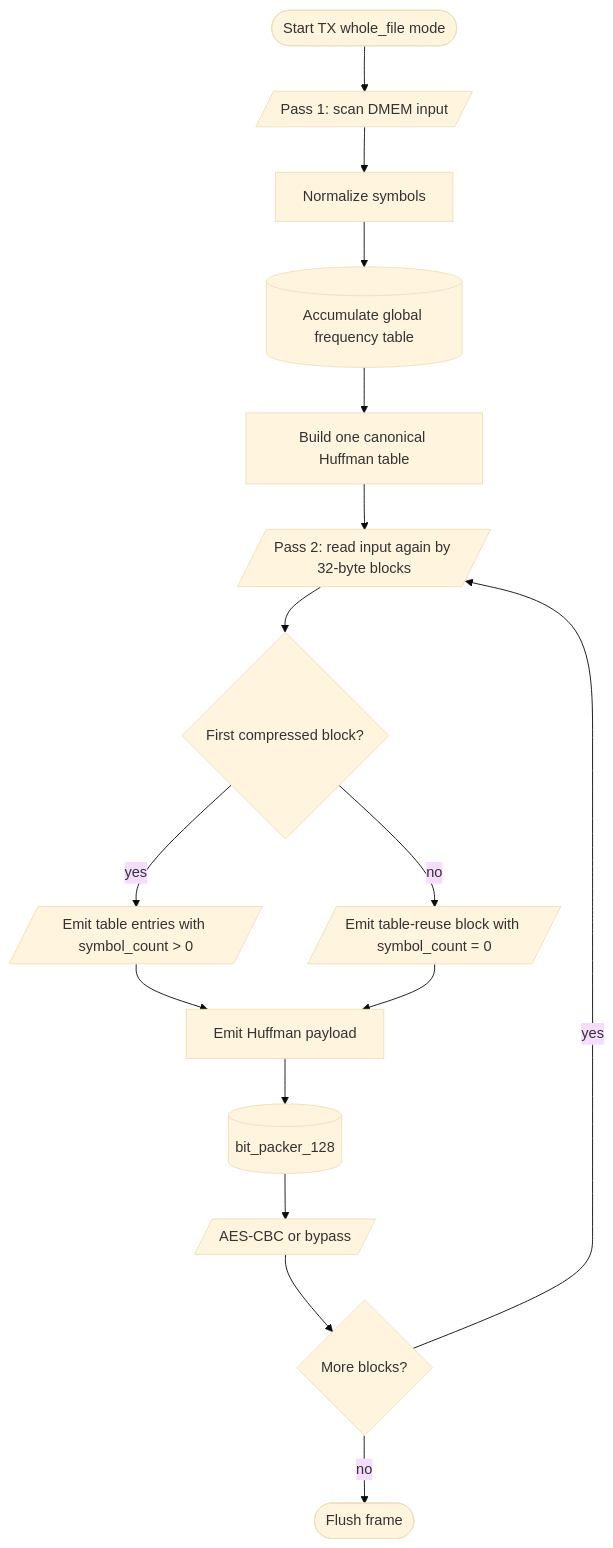
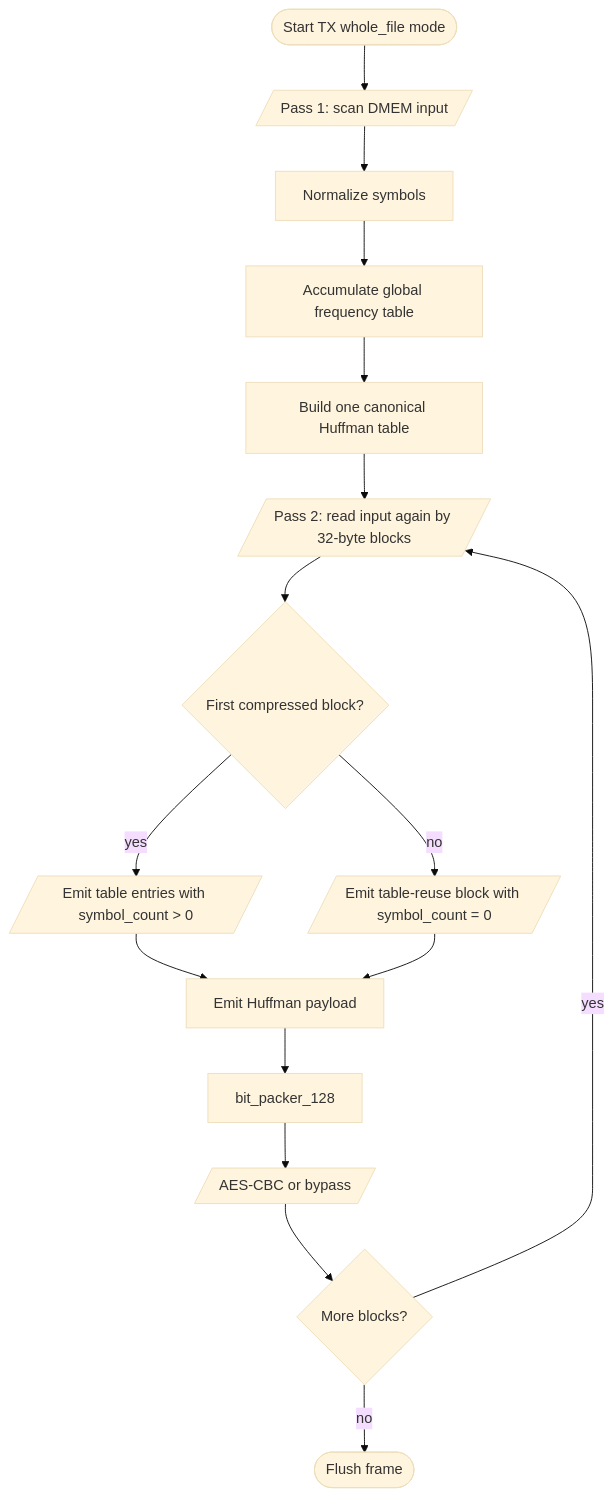
Before and after one commit to ngoquocan139/AES_huffman_all6: the diagram in docs/14_dynamic_whole_file_huffman_spec.md, drawn with Mermaid (base theme). The commit also changed 17 other files, not shown here.

````diff
--- a/docs/14_dynamic_whole_file_huffman_spec.md
+++ b/docs/14_dynamic_whole_file_huffman_spec.md
@@ -43,18 +43,18 @@
 ```mermaid
 flowchart TD
   A(["Start TX whole_file mode"]) --> B[/"Pass 1: scan DMEM input"/]
   B --> C["Normalize symbols"]
-  C --> D[("Accumulate global frequency table")]
+  C --> D["Accumulate global frequency table"]
   D --> E["Build one canonical Huffman table"]
   E --> F[/"Pass 2: read input again by 32-byte blocks"/]
   F --> G{"First compressed block?"}
   G -->|"yes"| H[/"Emit table entries with symbol_count > 0"/]
   G -->|"no"| I[/"Emit table-reuse block with symbol_count = 0"/]
   H --> J["Emit Huffman payload"]
   I --> J
-  J --> K[("bit_packer_128")]
+  J --> K["bit_packer_128"]
   K --> L[/"AES-CBC or bypass"/]
   L --> M{"More blocks?"}
   M -->|"yes"| F
   M -->|"no"| N(["Flush frame"])
 ```
````
